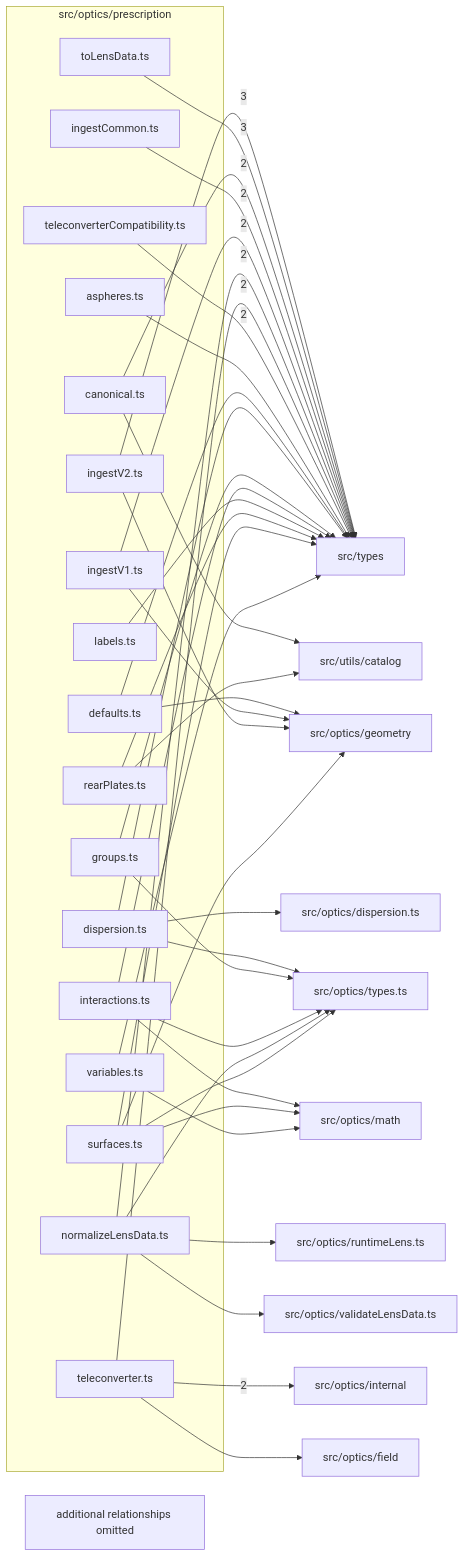
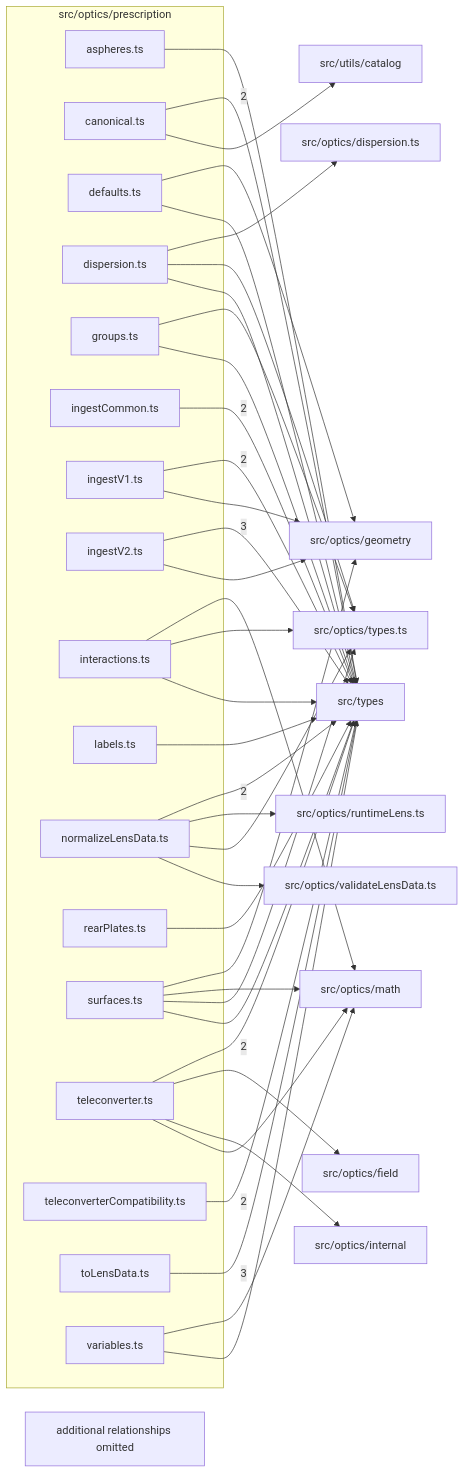
Before and after one commit to ronbuening/LensVisualizer: the diagram in src/optics/prescription/readme.md, drawn with Mermaid. The commit also changed other lines of this file and 47 other files, not shown here.

````diff
--- a/src/optics/prescription/readme.md
+++ b/src/optics/prescription/readme.md
@@ -9,69 +9,69 @@
 ```mermaid
 flowchart LR
   subgraph n_src_optics_prescription["src/optics/prescription"]
     n_src_optics_prescription_src_optics_prescription_aspheres_ts["aspheres.ts"]
     n_src_optics_prescription_src_optics_prescription_canonical_ts["canonical.ts"]
     n_src_optics_prescription_src_optics_prescription_defaults_ts["defaults.ts"]
     n_src_optics_prescription_src_optics_prescription_dispersion_ts["dispersion.ts"]
     n_src_optics_prescription_src_optics_prescription_groups_ts["groups.ts"]
     n_src_optics_prescription_src_optics_prescription_ingestCommon_ts["ingestCommon.ts"]
     n_src_optics_prescription_src_optics_prescription_ingestV1_ts["ingestV1.ts"]
     n_src_optics_prescription_src_optics_prescription_ingestV2_ts["ingestV2.ts"]
     n_src_optics_prescription_src_optics_prescription_interactions_ts["interactions.ts"]
     n_src_optics_prescription_src_optics_prescription_labels_ts["labels.ts"]
     n_src_optics_prescription_src_optics_prescription_normalizeLensData_ts["normalizeLensData.ts"]
     n_src_optics_prescription_src_optics_prescription_rearPlates_ts["rearPlates.ts"]
     n_src_optics_prescription_src_optics_prescription_surfaces_ts["surfaces.ts"]
     n_src_optics_prescription_src_optics_prescription_teleconverter_ts["teleconverter.ts"]
     n_src_optics_prescription_src_optics_prescription_teleconverterCompatibility_ts["teleconverterCompatibility.ts"]
     n_src_optics_prescription_src_optics_prescription_toLensData_ts["toLensData.ts"]
     n_src_optics_prescription_src_optics_prescription_variables_ts["variables.ts"]
   end
   n_external_src_types["src/types"]
-  n_external_src_optics_internal["src/optics/internal"]
   n_external_src_optics_dispersion_ts["src/optics/dispersion.ts"]
   n_external_src_optics_field["src/optics/field"]
   n_external_src_optics_geometry["src/optics/geometry"]
+  n_external_src_optics_internal["src/optics/internal"]
   n_external_src_optics_math["src/optics/math"]
   n_external_src_optics_runtimeLens_ts["src/optics/runtimeLens.ts"]
   n_external_src_optics_types_ts["src/optics/types.ts"]
   n_external_src_optics_validateLensData_ts["src/optics/validateLensData.ts"]
   n_external_src_utils_catalog["src/utils/catalog"]
   n_src_optics_prescription_src_optics_prescription_ingestV2_ts --> |3| n_external_src_types
   n_src_optics_prescription_src_optics_prescription_toLensData_ts --> |3| n_external_src_types
-  n_src_optics_prescription_src_optics_prescription_teleconverter_ts --> |2| n_external_src_optics_internal
   n_src_optics_prescription_src_optics_prescription_canonical_ts --> |2| n_external_src_types
   n_src_optics_prescription_src_optics_prescription_ingestCommon_ts --> |2| n_external_src_types
   n_src_optics_prescription_src_optics_prescription_ingestV1_ts --> |2| n_external_src_types
   n_src_optics_prescription_src_optics_prescription_normalizeLensData_ts --> |2| n_external_src_types
   n_src_optics_prescription_src_optics_prescription_teleconverter_ts --> |2| n_external_src_types
   n_src_optics_prescription_src_optics_prescription_teleconverterCompatibility_ts --> |2| n_external_src_types
   n_src_optics_prescription_src_optics_prescription_dispersion_ts --> n_external_src_optics_dispersion_ts
   n_src_optics_prescription_src_optics_prescription_teleconverter_ts --> n_external_src_optics_field
   n_src_optics_prescription_src_optics_prescription_defaults_ts --> n_external_src_optics_geometry
   n_src_optics_prescription_src_optics_prescription_ingestV1_ts --> n_external_src_optics_geometry
   n_src_optics_prescription_src_optics_prescription_ingestV2_ts --> n_external_src_optics_geometry
   n_src_optics_prescription_src_optics_prescription_surfaces_ts --> n_external_src_optics_geometry
+  n_src_optics_prescription_src_optics_prescription_teleconverter_ts --> n_external_src_optics_internal
   n_src_optics_prescription_src_optics_prescription_interactions_ts --> n_external_src_optics_math
   n_src_optics_prescription_src_optics_prescription_surfaces_ts --> n_external_src_optics_math
+  n_src_optics_prescription_src_optics_prescription_teleconverter_ts --> n_external_src_optics_math
   n_src_optics_prescription_src_optics_prescription_variables_ts --> n_external_src_optics_math
   n_src_optics_prescription_src_optics_prescription_normalizeLensData_ts --> n_external_src_optics_runtimeLens_ts
   n_src_optics_prescription_src_optics_prescription_dispersion_ts --> n_external_src_optics_types_ts
   n_src_optics_prescription_src_optics_prescription_groups_ts --> n_external_src_optics_types_ts
   n_src_optics_prescription_src_optics_prescription_interactions_ts --> n_external_src_optics_types_ts
   n_src_optics_prescription_src_optics_prescription_normalizeLensData_ts --> n_external_src_optics_types_ts
   n_src_optics_prescription_src_optics_prescription_surfaces_ts --> n_external_src_optics_types_ts
   n_src_optics_prescription_src_optics_prescription_normalizeLensData_ts --> n_external_src_optics_validateLensData_ts
   n_src_optics_prescription_src_optics_prescription_aspheres_ts --> n_external_src_types
   n_src_optics_prescription_src_optics_prescription_defaults_ts --> n_external_src_types
   n_src_optics_prescription_src_optics_prescription_dispersion_ts --> n_external_src_types
   n_src_optics_prescription_src_optics_prescription_groups_ts --> n_external_src_types
   n_src_optics_prescription_src_optics_prescription_interactions_ts --> n_external_src_types
   n_src_optics_prescription_src_optics_prescription_labels_ts --> n_external_src_types
   n_src_optics_prescription_src_optics_prescription_rearPlates_ts --> n_external_src_types
   n_src_optics_prescription_src_optics_prescription_surfaces_ts --> n_external_src_types
   n_src_optics_prescription_src_optics_prescription_variables_ts --> n_external_src_types
   n_src_optics_prescription_src_optics_prescription_canonical_ts --> n_external_src_utils_catalog
-  n_src_optics_prescription_src_optics_prescription_rearPlates_ts --> n_external_src_utils_catalog
   n_src_optics_prescription_truncated["additional relationships omitted"]
 ```
````
